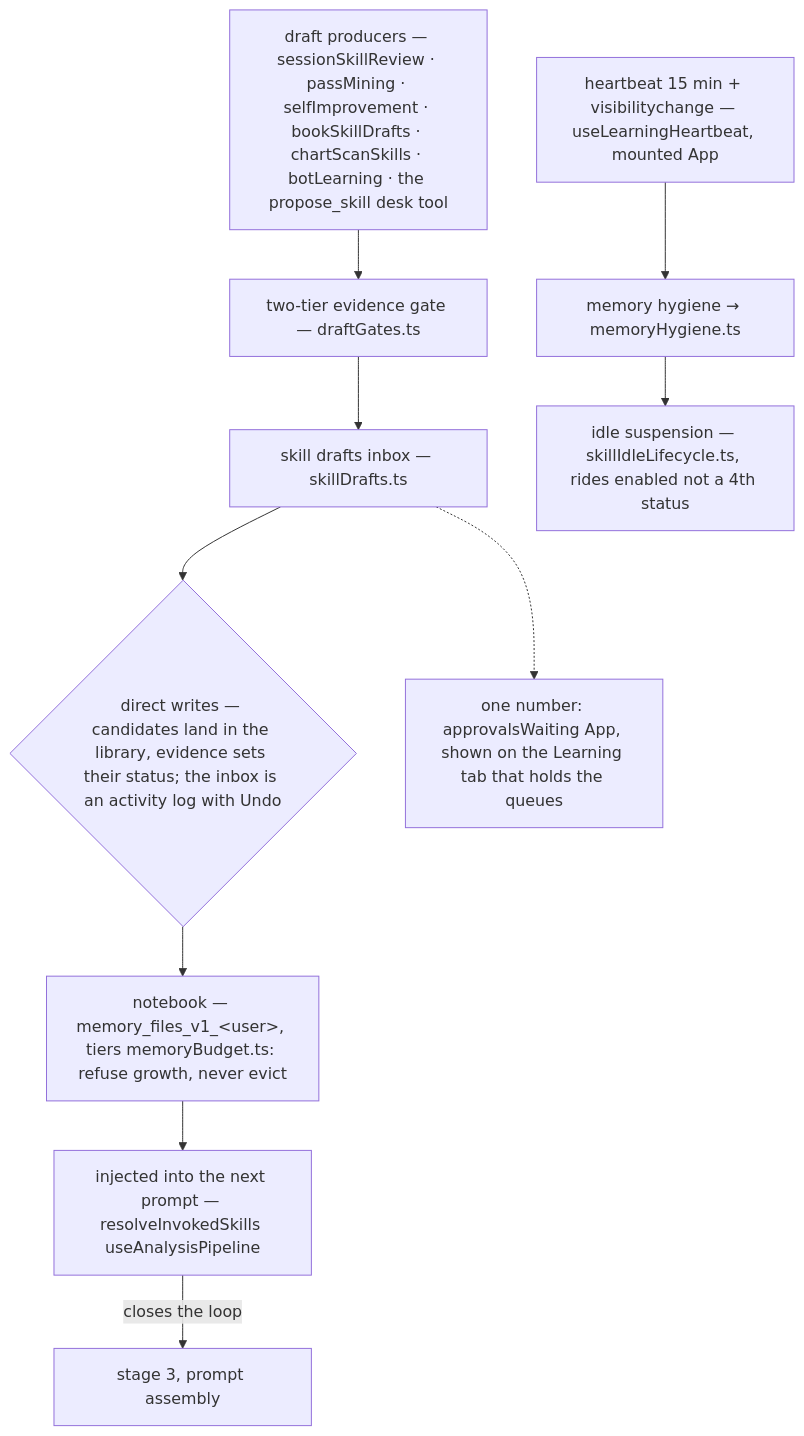
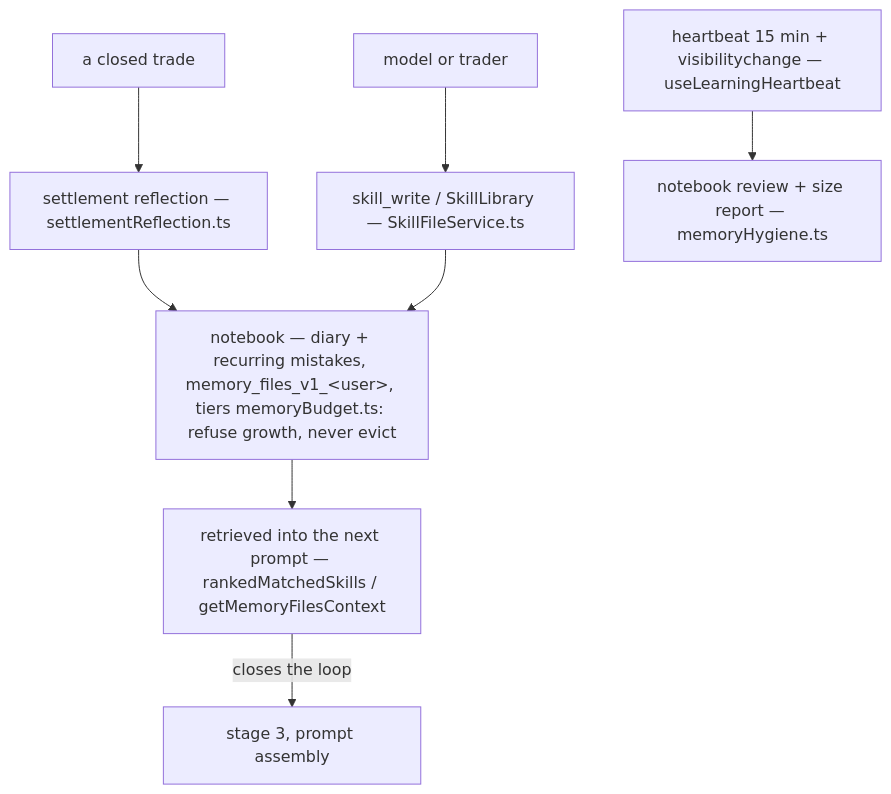
One commit to KILLER3UG/augustTrading changed the fourth of 8 diagrams in docs/architecture/system-map.md. Above: the diagram before and after it, drawn with Mermaid. The commit also changed other lines of this file and 504 other files, not shown here.

````diff
--- a/docs/architecture/system-map.md
+++ b/docs/architecture/system-map.md
@@ -350,13 +352,10 @@
 ```mermaid
 flowchart TD
-    P["draft producers — sessionSkillReview · passMining · selfImprovement · bookSkillDrafts · chartScanSkills · botLearning · the propose_skill desk tool"] --> GT["two-tier evidence gate — draftGates.ts"]
-    GT --> IN["skill drafts inbox — skillDrafts.ts"]
-    IN --> HU{"direct writes — candidates land in the library, evidence sets their status; the inbox is an activity log with Undo"}
-    HU --> NB["notebook — memory_files_v1_&lt;user&gt;, tiers memoryBudget.ts: refuse growth, never evict"]
-    NB --> INJ["injected into the next prompt — resolveInvokedSkills useAnalysisPipeline"]
+    T["a closed trade"] --> SR["settlement reflection — settlementReflection.ts"]
+    SR --> NB["notebook — diary + recurring mistakes, memory_files_v1_&lt;user&gt;, tiers memoryBudget.ts: refuse growth, never evict"]
+    NB --> INJ["retrieved into the next prompt — rankedMatchedSkills / getMemoryFilesContext"]
     INJ -->|closes the loop| C3["stage 3, prompt assembly"]
-    HB["heartbeat 15 min + visibilitychange — useLearningHeartbeat, mounted App"] --> HYG["memory hygiene → memoryHygiene.ts"]
-    HYG --> IDL["idle suspension — skillIdleLifecycle.ts, rides enabled not a 4th status"]
-    BADGE["one number: approvalsWaiting App, shown on the Learning tab that holds the queues"]
-    IN -.-> BADGE
+    M["model or trader"] --> SW["skill_write / SkillLibrary — SkillFileService.ts"]
+    SW --> NB
+    HB["heartbeat 15 min + visibilitychange — useLearningHeartbeat"] --> HYG["notebook review + size report — memoryHygiene.ts"]
 ```
````
